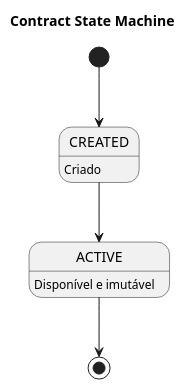
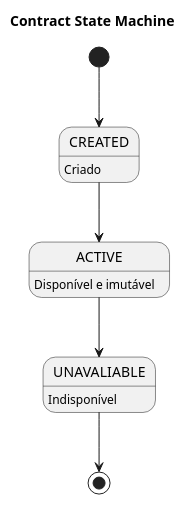
The diagram in src/fsm/docs/contract.fsm.wsd (holding-fpass/base-sdk), drawn with PlantUML before and after one commit. The commit also changed 1 other file, not shown here.

Commit message:
feat: ContractStatusTransitionMap UNAVALIABLE added

```diff
--- a/src/fsm/docs/contract.fsm.wsd
+++ b/src/fsm/docs/contract.fsm.wsd
@@ -1,10 +1,12 @@
 @startuml Contract State Machine
 title Contract State Machine
 hide empty description
 
 [*] --> CREATED
 CREATED --> ACTIVE
 CREATED: Criado
 ACTIVE: Disponível e imutável
-ACTIVE --> [*]
+ACTIVE --> UNAVALIABLE
+UNAVALIABLE: Indisponível
+UNAVALIABLE --> [*]
 @enduml
```
